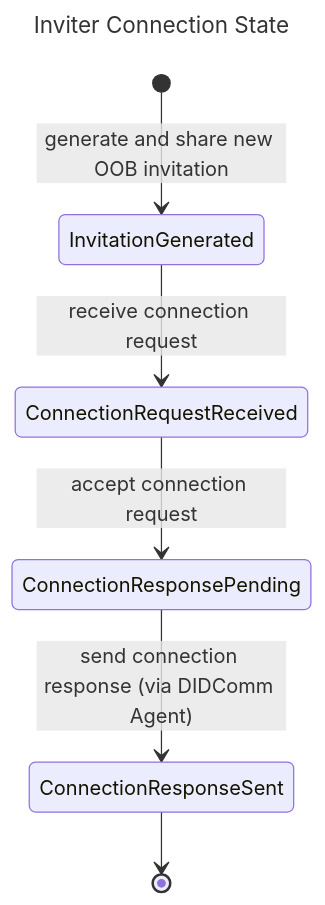
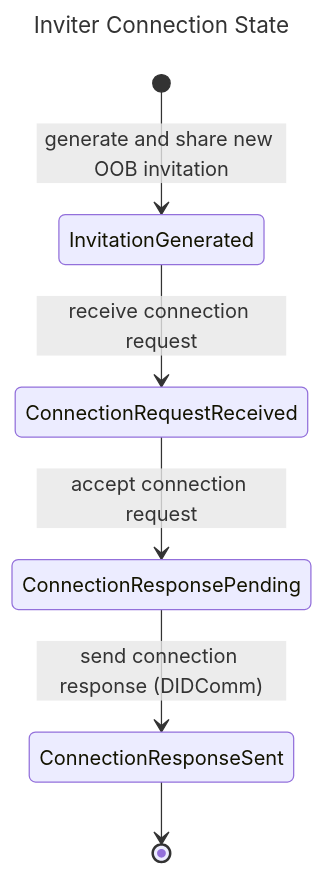
One commit to hyperledger/identus-docs changed the first of 2 diagrams in documentation/tutorials/connections/connection.md. Above: the diagram before and after it, drawn with Mermaid. The commit also changed other lines of this file and 2 other files, not shown here.

````diff
--- a/documentation/tutorials/connections/connection.md
+++ b/documentation/tutorials/connections/connection.md
@@ -47,11 +43,11 @@
 ```mermaid
 ---
 title: Inviter Connection State
 ---
 stateDiagram-v2
 [*] --> InvitationGenerated: generate and share new OOB invitation
 InvitationGenerated --> ConnectionRequestReceived: receive connection request
 ConnectionRequestReceived --> ConnectionResponsePending: accept connection request
-ConnectionResponsePending --> ConnectionResponseSent: send connection response (via DIDComm Agent)
+ConnectionResponsePending --> ConnectionResponseSent: send connection response (DIDComm)
 ConnectionResponseSent --> [*]
 ```
````
